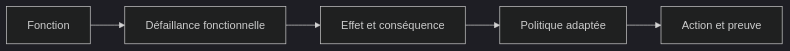
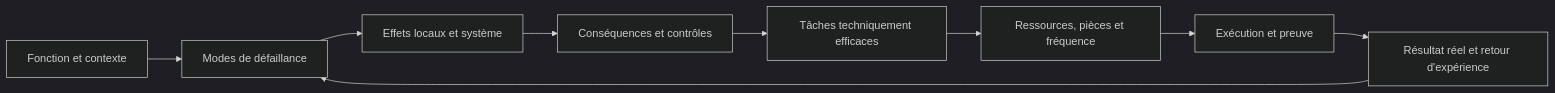
The fourth of 12 diagrams in content/lessons/maint-strategie-expert.md (biggyseven/Skill-Tree), drawn with Mermaid (dark theme) before and after one commit. The commit also changed other lines of this file, not shown here.

```diff
--- a/content/lessons/maint-strategie-expert.md
+++ b/content/lessons/maint-strategie-expert.md
@@ -74,7 +91,11 @@
 ~~~mermaid
 flowchart LR
-  A[Fonction] --> B[Défaillance fonctionnelle]
-  B --> C[Effet et conséquence]
-  C --> D[Politique adaptée]
-  D --> E[Action et preuve]
+  A["Fonction et contexte"] --> B["Modes de défaillance"]
+  B --> C["Effets locaux et système"]
+  C --> D["Conséquences et contrôles"]
+  D --> E["Tâches techniquement efficaces"]
+  E --> F["Ressources, pièces et fréquence"]
+  F --> G["Exécution et preuve"]
+  G --> H["Résultat réel et retour d'expérience"]
+  H --> B
 ~~~
```
